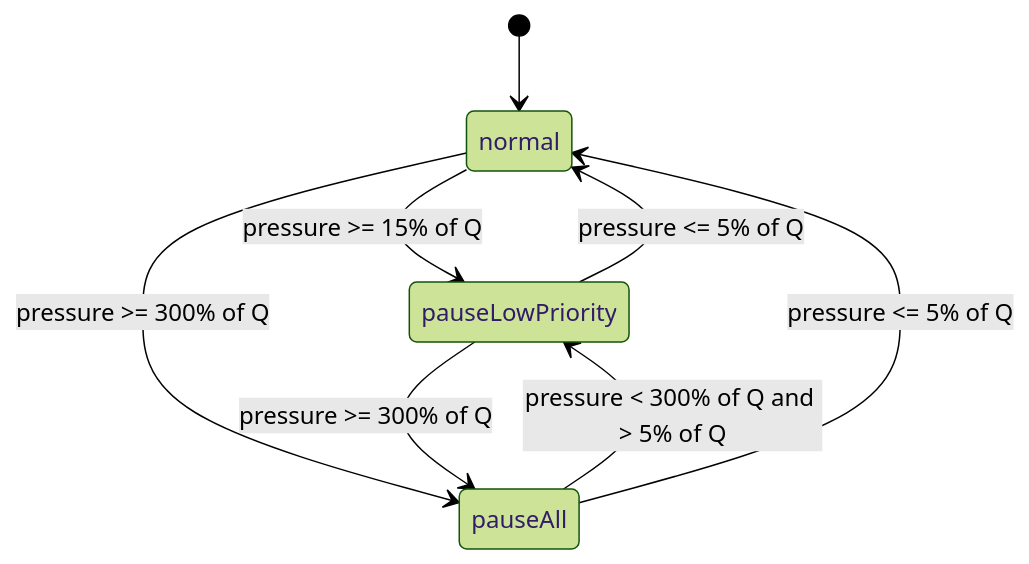
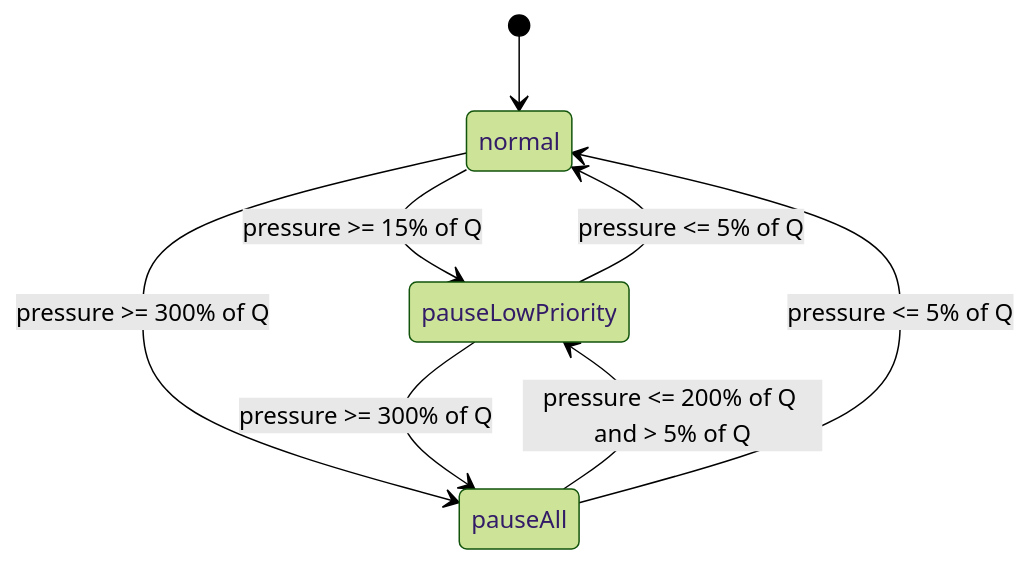
One commit to pingcap/ticdc changed the second of 2 diagrams in docs/design/2026-08-12-ticdc-log-puller-memory-quota.md. Above: the diagram before and after it, drawn with Mermaid (forest theme). The commit also changed other lines of this file and 2 other files, not shown here.

````diff
--- a/docs/design/2026-08-12-ticdc-log-puller-memory-quota.md
+++ b/docs/design/2026-08-12-ticdc-log-puller-memory-quota.md
@@ -265,10 +266,10 @@
 ```mermaid
 stateDiagram-v2
     [*] --> normal
     normal --> pauseLowPriority: pressure >= 15% of Q
     pauseLowPriority --> normal: pressure <= 5% of Q
     normal --> pauseAll: pressure >= 300% of Q
     pauseLowPriority --> pauseAll: pressure >= 300% of Q
-    pauseAll --> pauseLowPriority: pressure < 300% of Q and > 5% of Q
+    pauseAll --> pauseLowPriority: pressure <= 200% of Q and > 5% of Q
     pauseAll --> normal: pressure <= 5% of Q
 ```
````
